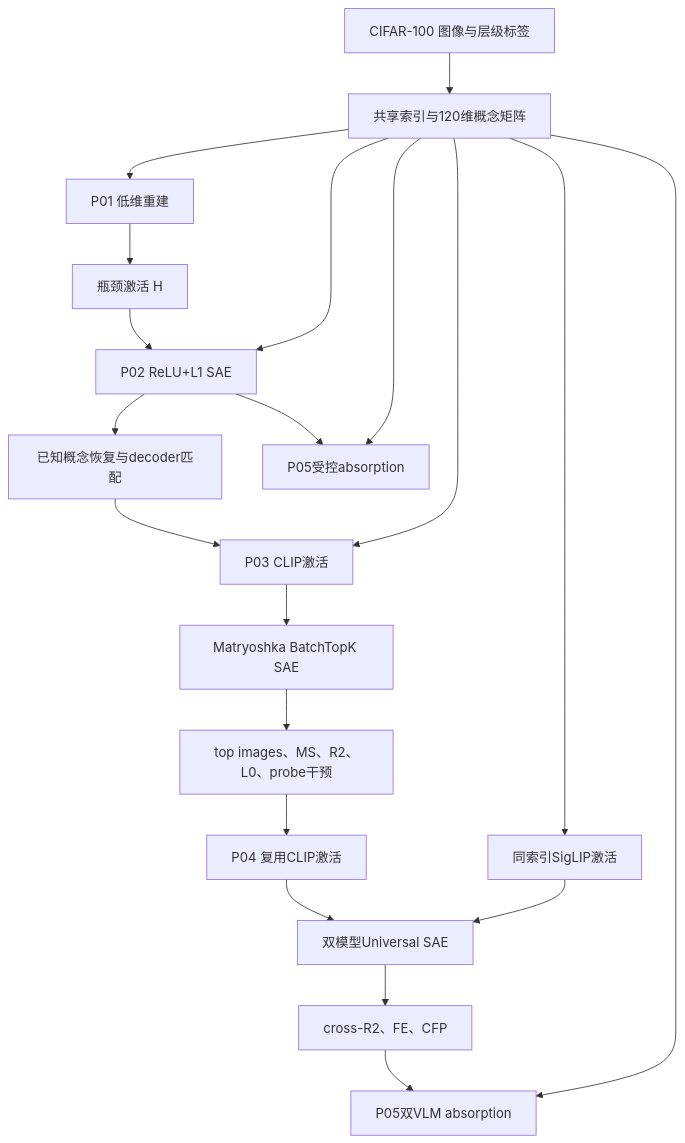
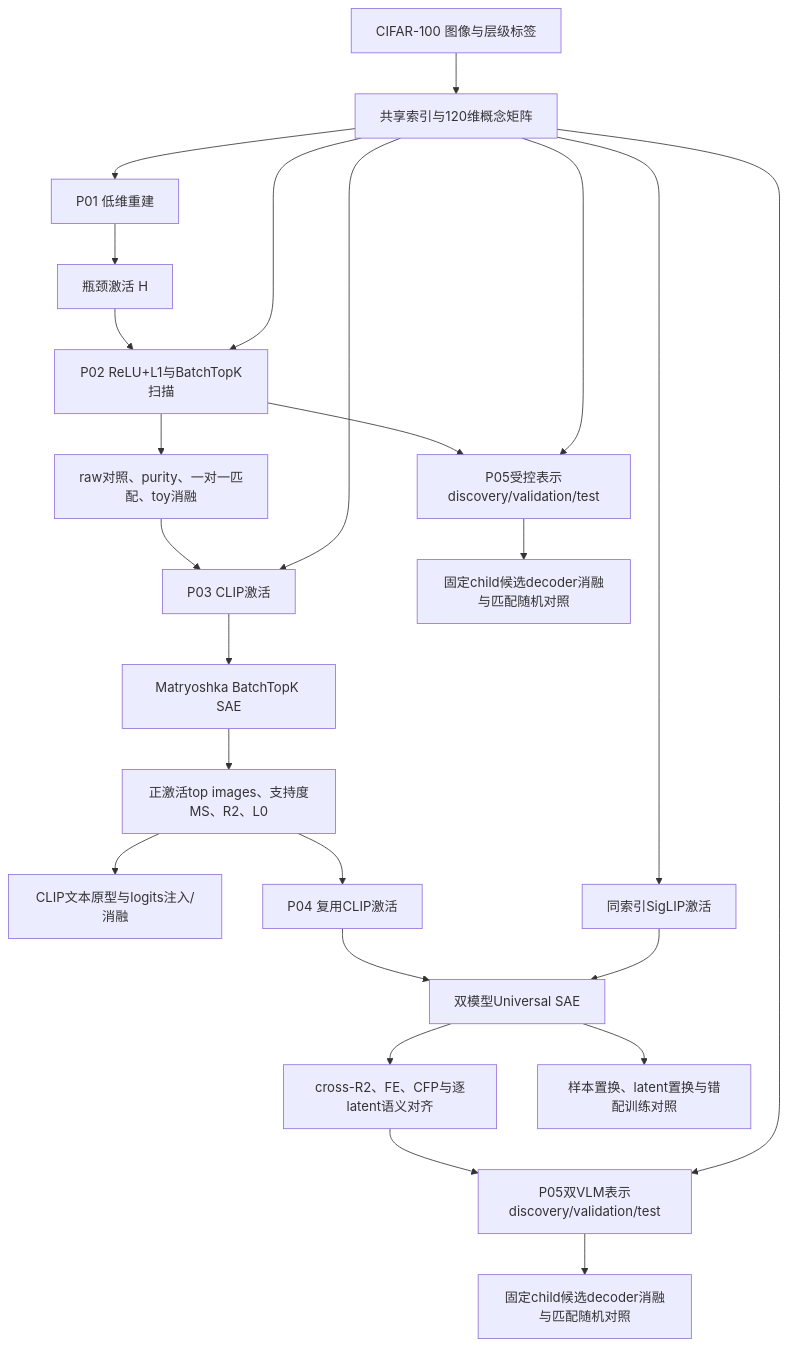
The diagram in docs/code_structure/call_graph.mmd (z-HiCao/SAE), drawn with Mermaid before and after one commit. The commit also changed other lines of this file and 40 other files, not shown here.

```diff
--- a/docs/code_structure/call_graph.mmd
+++ b/docs/code_structure/call_graph.mmd
@@ -1,20 +1,24 @@
 flowchart TD
     A[CIFAR-100 图像与层级标签] --> B[共享索引与120维概念矩阵]
     B --> C[P01 低维重建]
     C --> D[瓶颈激活 H]
-    D --> E[P02 ReLU+L1 SAE]
+    D --> E[P02 ReLU+L1与BatchTopK扫描]
     B --> E
-    E --> F[已知概念恢复与decoder匹配]
+    E --> F[raw对照、purity、一对一匹配、toy消融]
     F --> G[P03 CLIP激活]
     B --> G
     G --> H[Matryoshka BatchTopK SAE]
-    H --> I[top images、MS、R2、L0、probe干预]
+    H --> I[正激活top images、支持度MS、R2、L0]
+    I --> P[CLIP文本原型与logits注入/消融]
     I --> J[P04 复用CLIP激活]
     B --> K[同索引SigLIP激活]
     J --> L[双模型Universal SAE]
     K --> L
-    L --> M[cross-R2、FE、CFP]
-    E --> N[P05受控absorption]
-    M --> O[P05双VLM absorption]
+    L --> M[cross-R2、FE、CFP与逐latent语义对齐]
+    L --> Q[样本置换、latent置换与错配训练对照]
+    E --> N[P05受控表示discovery/validation/test]
+    M --> O[P05双VLM表示discovery/validation/test]
     B --> N
     B --> O
+    N --> R[固定child候选decoder消融与匹配随机对照]
+    O --> S[固定child候选decoder消融与匹配随机对照]
```
